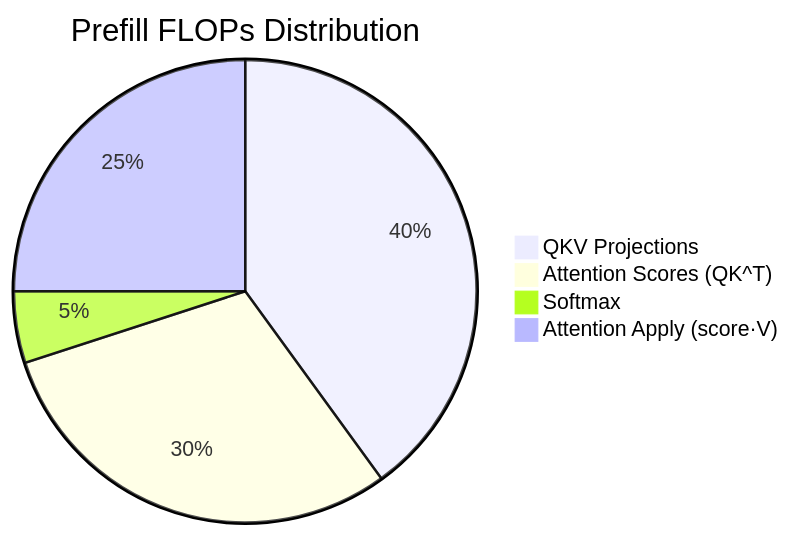
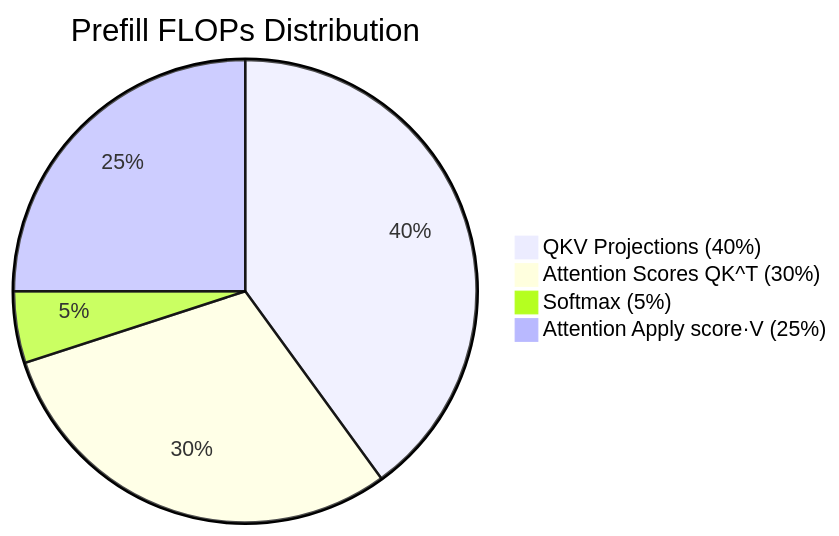
Before and after one commit to Shahriarin2garden/vllm_from_scratch: diagram 12 of 37 in lab0.2/README.md, drawn with Mermaid. The commit also changed other lines of this file, not shown here.

Commit message:
Refactor diagrams in README.md for improved clarity and detail

````diff
--- a/lab0.2/README.md
+++ b/lab0.2/README.md
@@ -360,7 +381,7 @@
 ```mermaid
 pie title Prefill FLOPs Distribution
-    "QKV Projections" : 40
-    "Attention Scores (QK^T)" : 30
-    "Softmax" : 5
-    "Attention Apply (score·V)" : 25
+    "QKV Projections (40%)" : 40
+    "Attention Scores QK^T (30%)" : 30
+    "Softmax (5%)" : 5
+    "Attention Apply score·V (25%)" : 25
 ```
````
